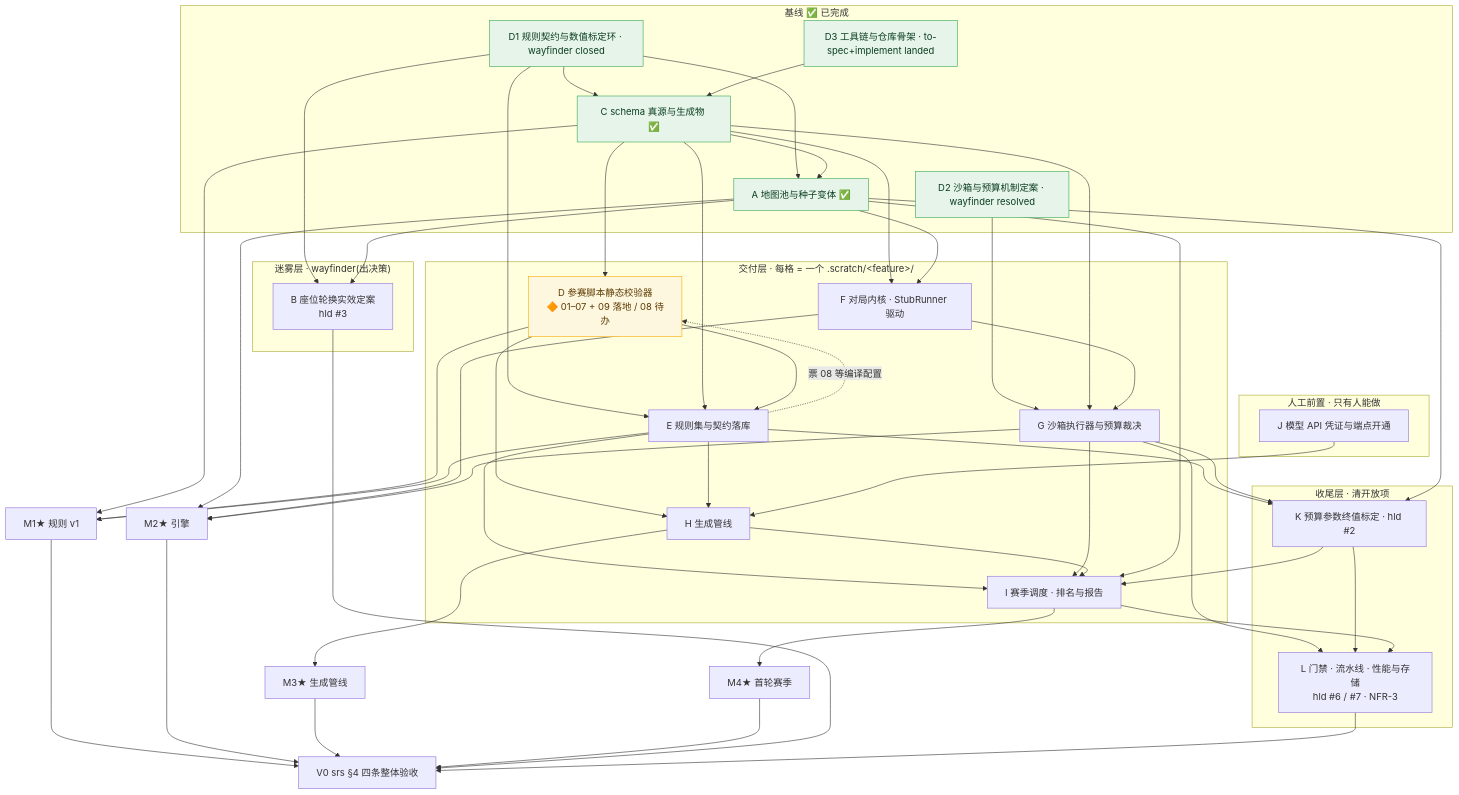
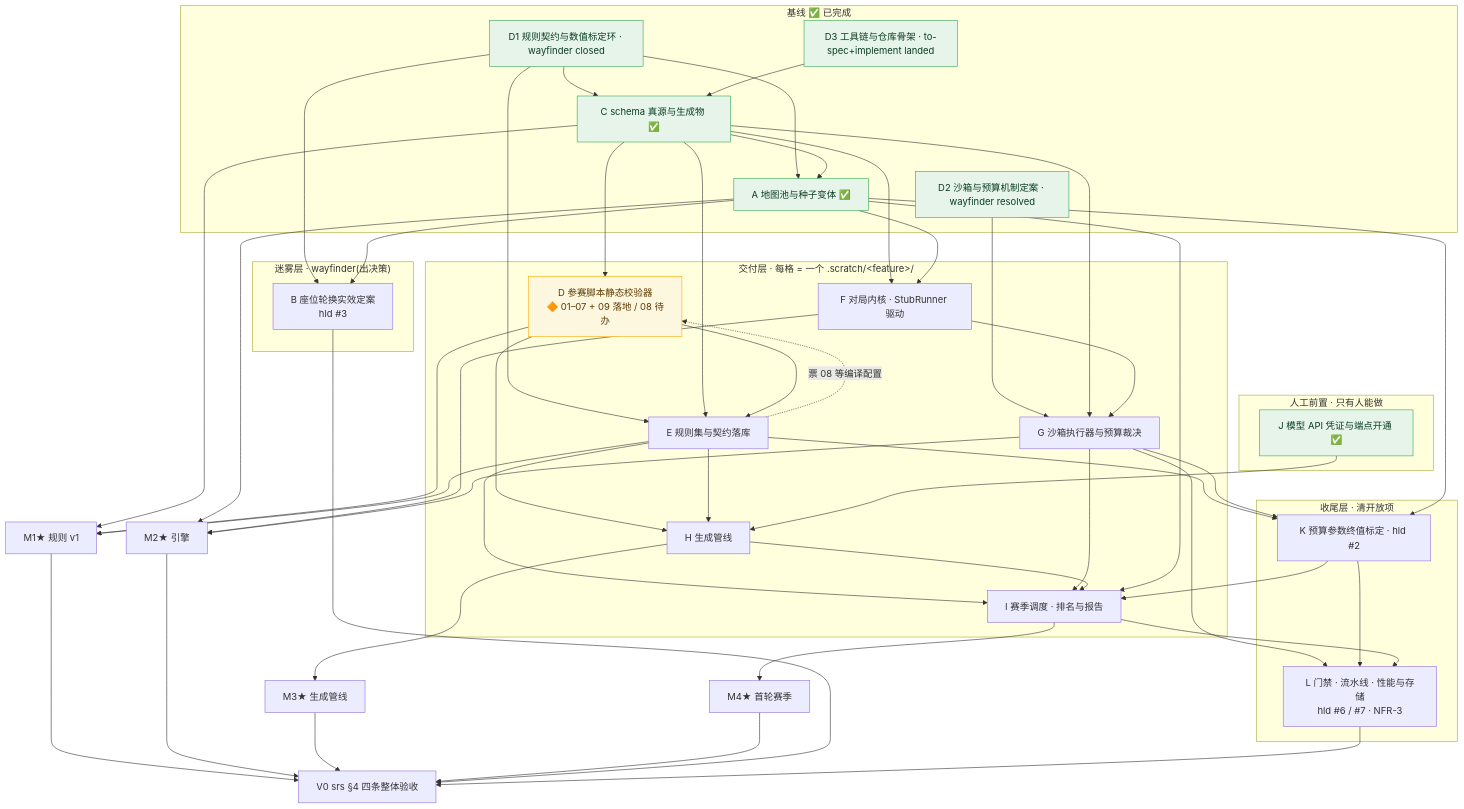
The diagram in docs/diagrams/v0-milestone-dag.md (orionpax1997/model-war), drawn with Mermaid before and after one commit. The commit also changed other lines of this file and 4 other files, not shown here.

````diff
--- a/docs/diagrams/v0-milestone-dag.md
+++ b/docs/diagrams/v0-milestone-dag.md
@@ -58,7 +58,7 @@
   end
 
   subgraph human["人工前置 · 只有人能做"]
-    J["J 模型 API 凭证与端点开通"]
+    J["J 模型 API 凭证与端点开通 ✅"]
   end
 
   subgraph build["交付层 · 每格 = 一个 .scratch/&lt;feature&gt;/"]
@@ -129,6 +129,6 @@
 
   classDef done fill:#e6f4ea,stroke:#34a853,color:#0b3d20
   classDef doing fill:#fef7e0,stroke:#f9ab00,color:#5c3b00
-  class D1,D2,D3,C,A done
+  class D1,D2,D3,C,A,J done
   class D doing
 ```
````
